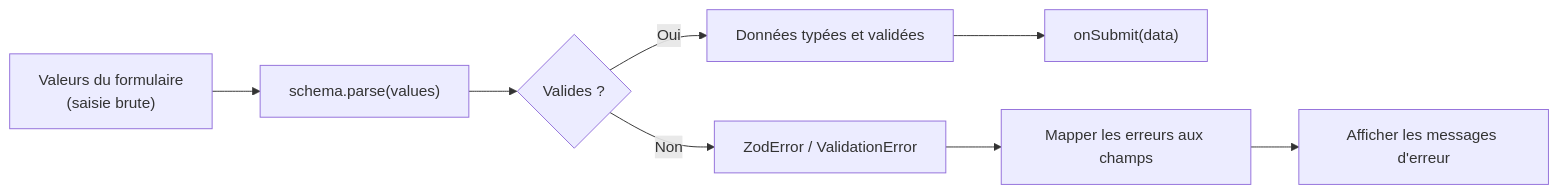
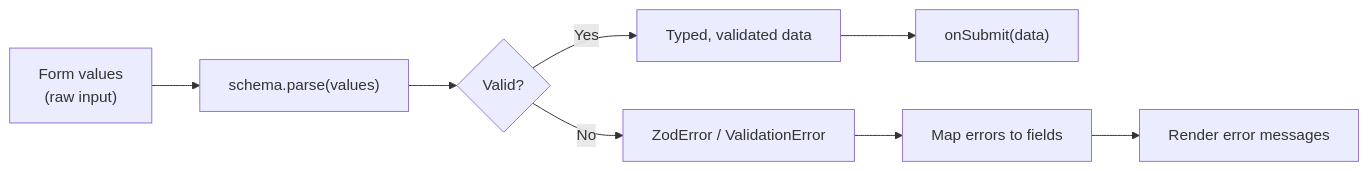
Before and after one commit to BabaScience/react-guides: the third of 5 diagrams in arguments/chapters/fr/08-forms-and-validations.md, drawn with Mermaid. The commit also changed other lines of this file and 29 other files, not shown here.

First line of the commit message:
Bring React FR/IT translations to full English parity + theme-safe diagrams

````diff
--- a/arguments/chapters/fr/08-forms-and-validations.md
+++ b/arguments/chapters/fr/08-forms-and-validations.md
@@ -170,10 +1145,10 @@
 ```mermaid
 flowchart LR
-    A["Valeurs du formulaire<br/>(saisie brute)"] --> B["schema.parse(values)"]
-    B --> C{"Valides ?"}
-    C -->|Oui| D["Données typées et validées"]
+    A["Form values<br/>(raw input)"] --> B["schema.parse(values)"]
+    B --> C{"Valid?"}
+    C -->|Yes| D["Typed, validated data"]
     D --> E["onSubmit(data)"]
-    C -->|Non| F["ZodError / ValidationError"]
-    F --> G["Mapper les erreurs aux champs"]
-    G --> H["Afficher les messages d'erreur"]
+    C -->|No| F["ZodError / ValidationError"]
+    F --> G["Map errors to fields"]
+    G --> H["Render error messages"]
 ```
````
